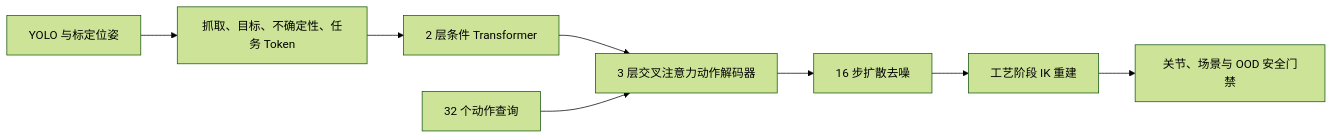
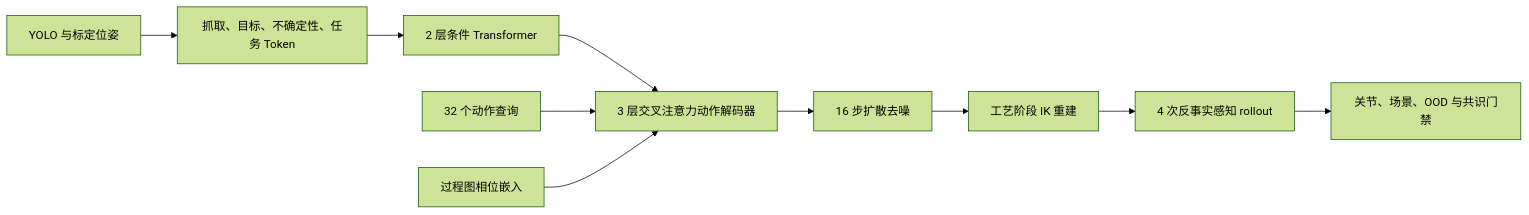
One commit to 1830051801-ux/embodied-arm-learning changed the diagram in README_使用说明.md. Above: the diagram before and after it, drawn with Mermaid (forest theme). The commit also changed other lines of this file and 7 other files, not shown here.

Commit message:
Add process graph and counterfactual safety consensus

````diff
--- a/README_使用说明.md
+++ b/README_使用说明.md
@@ -40,10 +42,12 @@
 ```mermaid
 flowchart LR
     V["YOLO 与标定位姿"] --> C["抓取、目标、不确定性、任务 Token"]
     C --> E["2 层条件 Transformer"]
     E --> A["3 层交叉注意力动作解码器"]
     Q["32 个动作查询"] --> A
+    G["过程图相位嵌入"] --> A
     A --> D["16 步扩散去噪"]
     D --> P["工艺阶段 IK 重建"]
-    P --> S["关节、场景与 OOD 安全门禁"]
+    P --> R["4 次反事实感知 rollout"]
+    R --> S["关节、场景、OOD 与共识门禁"]
 ```
````
